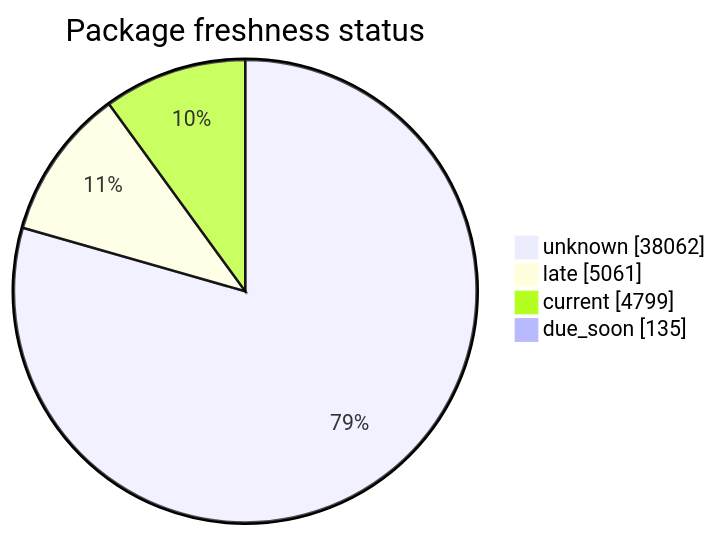
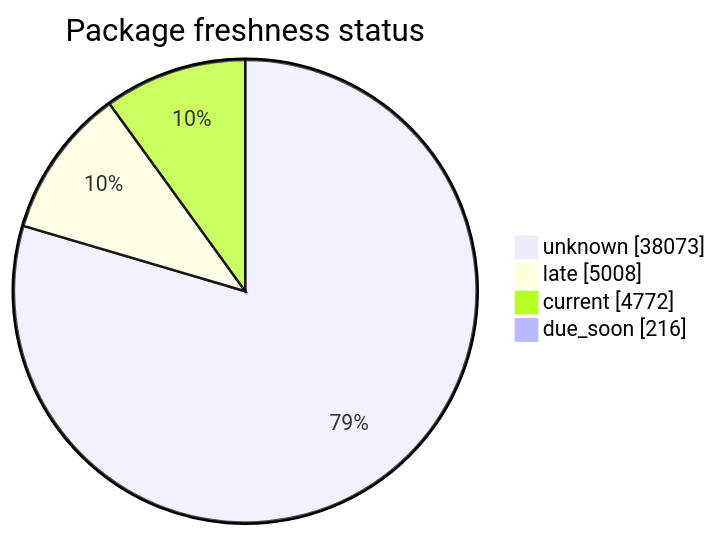
The second of 5 diagrams in FreshCheck/README.md (open-data/analytics-corporate-reporting), drawn with Mermaid before and after one commit. The commit also changed other lines of this file and 3 other files, not shown here.

````diff
--- a/FreshCheck/README.md
+++ b/FreshCheck/README.md
@@ -68,7 +68,7 @@
 ```mermaid
 pie showData title Package freshness status
-    "unknown": 38062
-    "late": 5061
-    "current": 4799
-    "due_soon": 135
+    "unknown": 38073
+    "late": 5008
+    "current": 4772
+    "due_soon": 216
 ```
````
